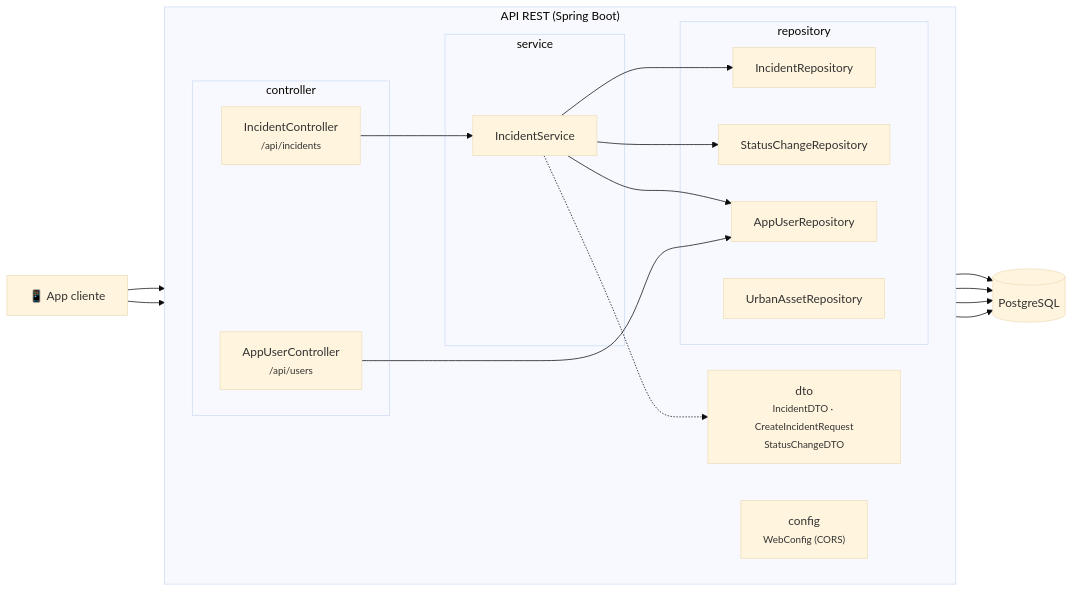
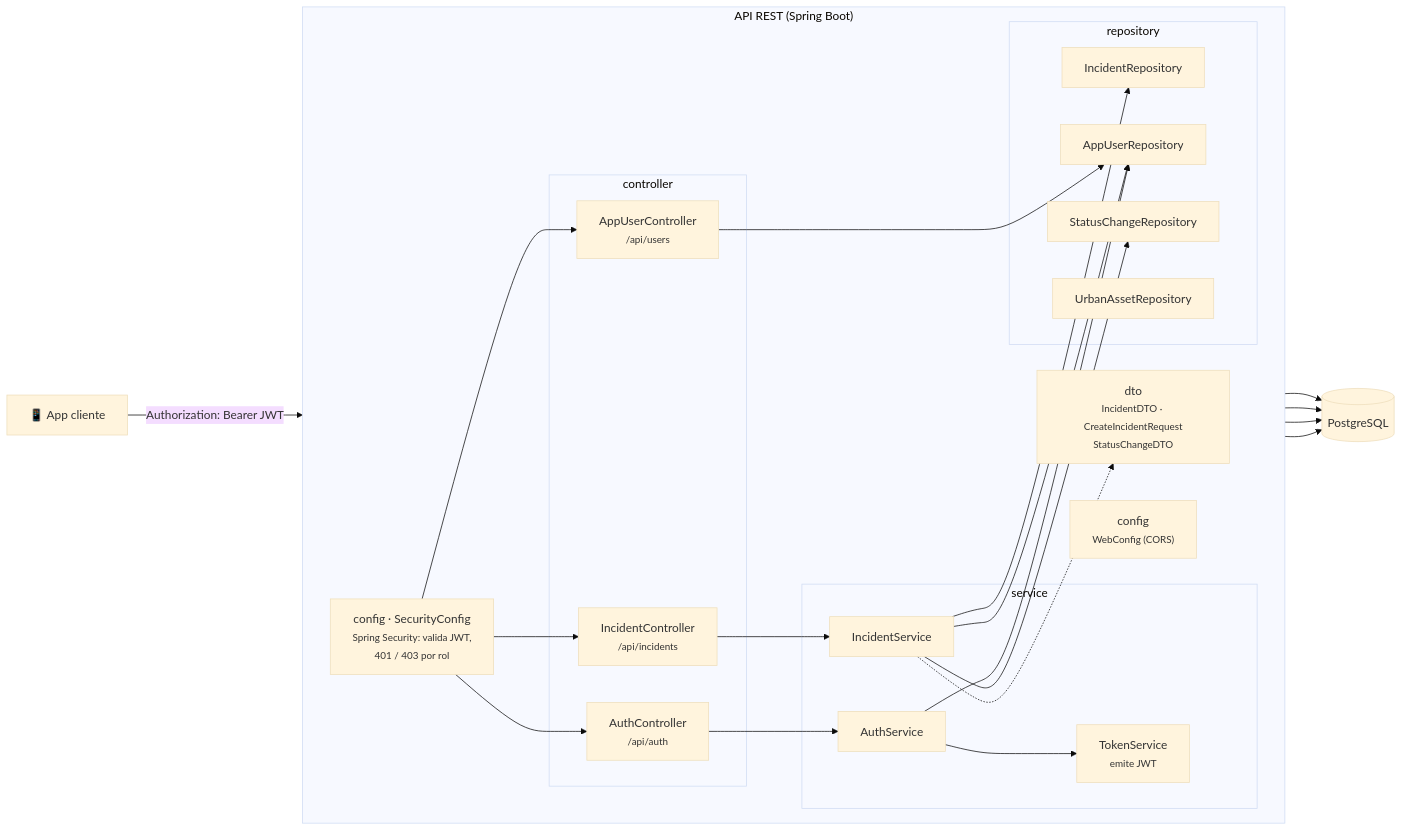
Before and after one commit to JANUEVE5/UrbanPulse: the third of 6 diagrams in docs/architecture.md, drawn with Mermaid (base theme). The commit also changed other lines of this file and 4 other files, not shown here.

````diff
--- a/docs/architecture.md
+++ b/docs/architecture.md
@@ -108,32 +108,39 @@
 ```mermaid
 flowchart LR
     client["📱 App cliente"]
 
     subgraph api["API REST (Spring Boot)"]
         direction LR
         subgraph web["controller"]
+            ac["AuthController<br/><small>/api/auth</small>"]
             ic["IncidentController<br/><small>/api/incidents</small>"]
             uc["AppUserController<br/><small>/api/users</small>"]
         end
         subgraph svc["service"]
+            as["AuthService"]
+            ts["TokenService<br/><small>emite JWT</small>"]
             is["IncidentService"]
         end
         subgraph repo["repository"]
             ir["IncidentRepository"]
             sr["StatusChangeRepository"]
             ur["AppUserRepository"]
             ar["UrbanAssetRepository"]
         end
         dto["dto<br/><small>IncidentDTO · CreateIncidentRequest<br/>StatusChangeDTO</small>"]
+        sec["config · SecurityConfig<br/><small>Spring Security: valida JWT,<br/>401 / 403 por rol</small>"]
         cfg["config<br/><small>WebConfig (CORS)</small>"]
     end
 
     db[("PostgreSQL")]
 
-    client --> ic & uc
+    client -- "Authorization: Bearer JWT" --> sec
+    sec --> ac & ic & uc
+    ac --> as
+    as --> ts & ur
     ic --> is
     is --> ir & sr & ur
     uc --> ur
     is -.-> dto
     ir & sr & ur & ar --> db
 ```
````
